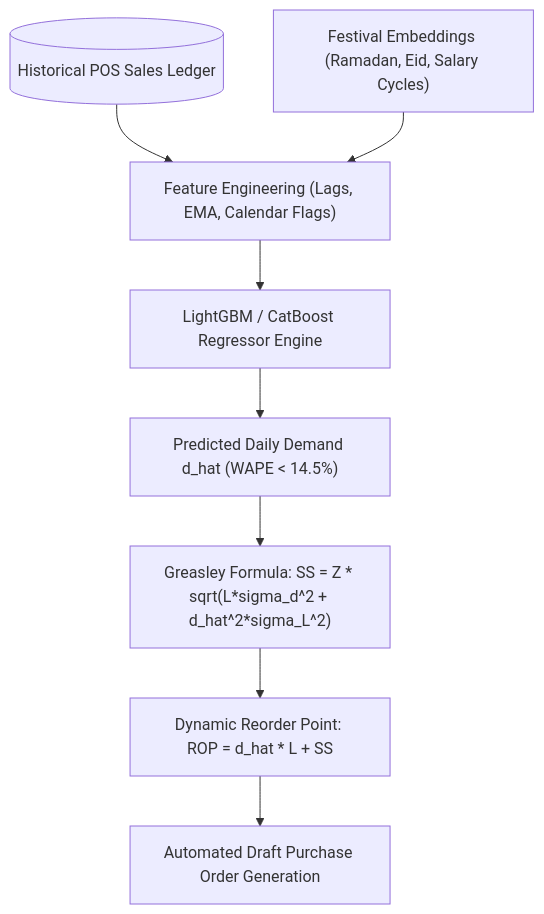
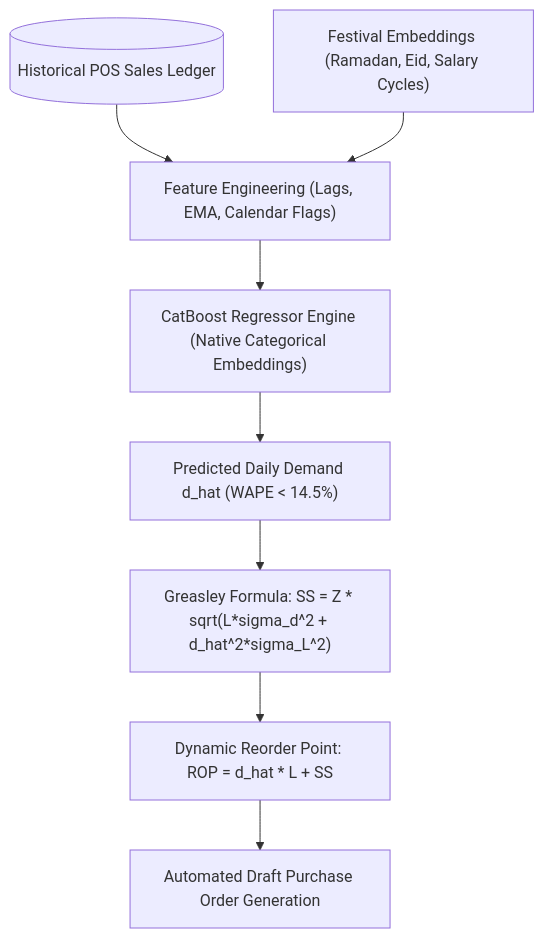
The third of 6 diagrams in proposal/PROJECT_PROPOSAL.md (Likhon545466/retailsync), drawn with Mermaid before and after one commit. The commit also changed other lines of this file and 4 other files, not shown here.

First line of the commit message:
fix(architecture): implement all audit refactorings (v2.0.0-RELEASE)

````diff
--- a/proposal/PROJECT_PROPOSAL.md
+++ b/proposal/PROJECT_PROPOSAL.md
@@ -326,10 +334,10 @@
 ```mermaid
 flowchart TD
     POS_HIST[("Historical POS Sales Ledger")] --> FEAT["Feature Engineering (Lags, EMA, Calendar Flags)"]
     CAL["Festival Embeddings (Ramadan, Eid, Salary Cycles)"] --> FEAT
-    FEAT --> MODEL["LightGBM / CatBoost Regressor Engine"]
+    FEAT --> MODEL["CatBoost Regressor Engine (Native Categorical Embeddings)"]
     MODEL --> PREDICT["Predicted Daily Demand d_hat (WAPE < 14.5%)"]
     PREDICT --> GREASLEY["Greasley Formula: SS = Z * sqrt(L*sigma_d^2 + d_hat^2*sigma_L^2)"]
     GREASLEY --> ROP["Dynamic Reorder Point: ROP = d_hat * L + SS"]
     ROP --> AUTO_PO["Automated Draft Purchase Order Generation"]
 ```
````
